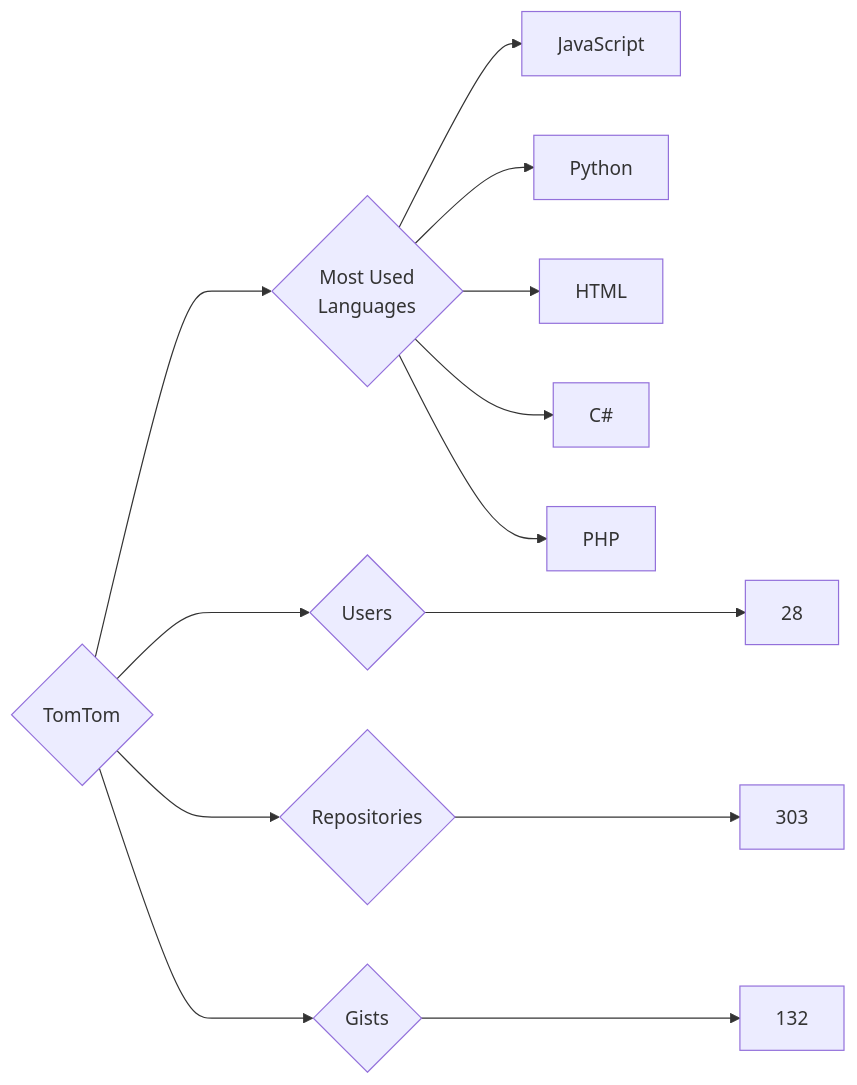
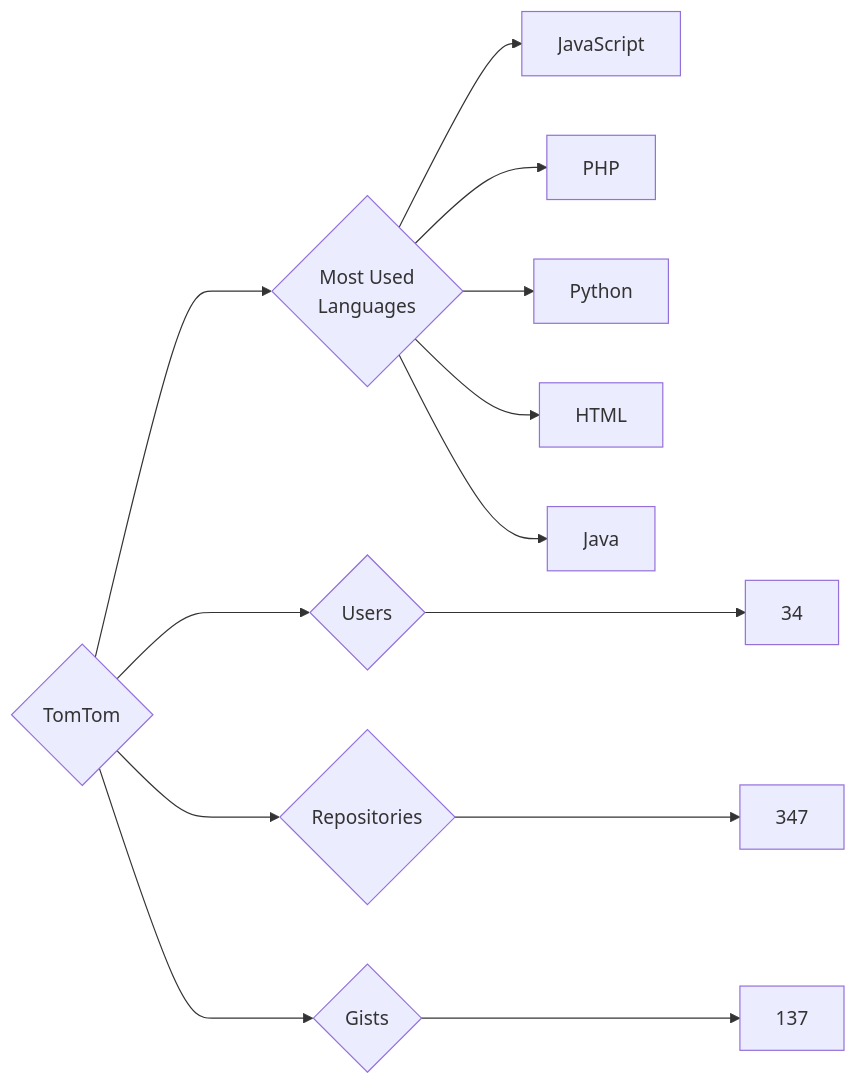
The diagram in targets/TomTom/README.md (trickest/insiders), drawn with Mermaid before and after one commit. The commit also changed 965 other files, not shown here.

````diff
--- a/targets/TomTom/README.md
+++ b/targets/TomTom/README.md
@@ -3,13 +3,13 @@
 ```mermaid
 graph LR
 COMPANY_NAME{TomTom}
-COMPANY_NAME ---> U{Users} ---> UN[28]
-COMPANY_NAME ---> R{Repositories} ---> RN[303]
-COMPANY_NAME ---> G{Gists} ---> GN[132]
+COMPANY_NAME ---> U{Users} ---> UN[34]
+COMPANY_NAME ---> R{Repositories} ---> RN[347]
+COMPANY_NAME ---> G{Gists} ---> GN[137]
 COMPANY_NAME ---> ML{Most Used<br>Languages}
 ML --> JavaScript[JavaScript]
+ML --> PHP[PHP]
 ML --> Python[Python]
 ML --> HTML[HTML]
-ML --> C#[C#]
-ML --> PHP[PHP]
+ML --> Java[Java]
 ```
````
